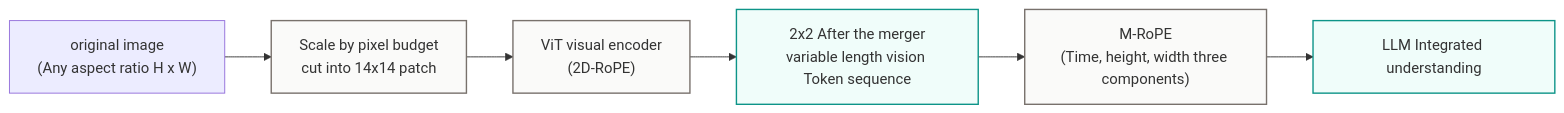
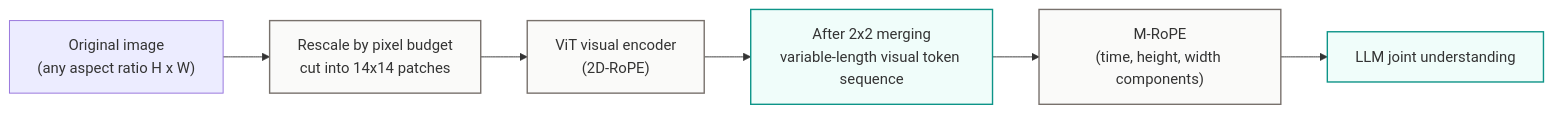
The eighth of 15 diagrams in _translations/en/research/VLM-Survey.md (TingdeLiu/tingdeliu.github.io), drawn with Mermaid before and after one commit. The commit also changed other lines of this file and 51 other files, not shown here.

````diff
--- a/_translations/en/research/VLM-Survey.md
+++ b/_translations/en/research/VLM-Survey.md
@@ -1008,11 +1008,11 @@
 ```mermaid
 flowchart LR
     classDef step fill:#fafaf9,stroke:#78716c,stroke-width:1.5px;
     classDef concept fill:#f0fdfa,stroke:#0d9488,stroke-width:1.5px;
 
-    Img["original image\n(Any aspect ratio H x W)"] --> Split["Scale by pixel budget\ncut into 14x14 patch"]:::step
+    Img["Original image\n(any aspect ratio H x W)"] --> Split["Rescale by pixel budget\ncut into 14x14 patches"]:::step
     Split --> ViT["ViT visual encoder\n(2D-RoPE)"]:::step
-    ViT --> Tokens["2x2 After the merger\nvariable length vision Token sequence"]:::concept
-    Tokens --> MROPE["M-RoPE\n(Time, height, width three components)"]:::step
-    MROPE --> LLM["LLM Integrated understanding"]:::concept
+    ViT --> Tokens["After 2x2 merging\nvariable-length visual token sequence"]:::concept
+    Tokens --> MROPE["M-RoPE\n(time, height, width components)"]:::step
+    MROPE --> LLM["LLM joint understanding"]:::concept
 ```
````
